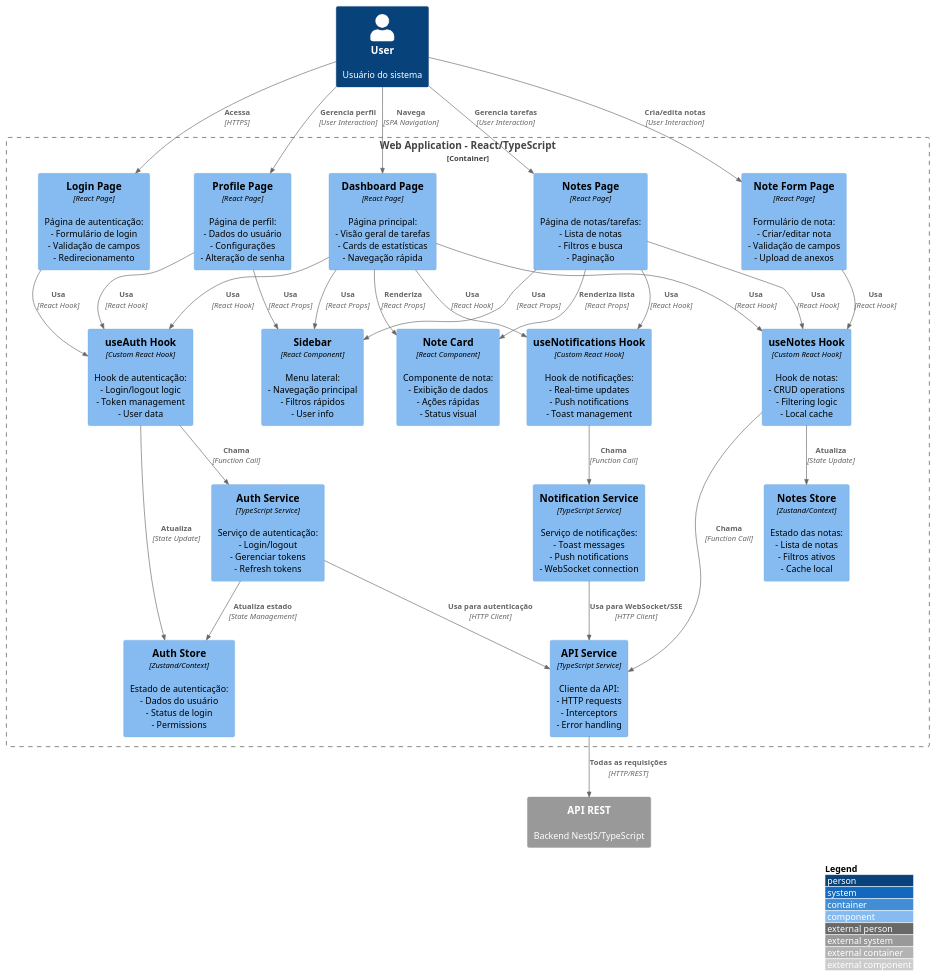
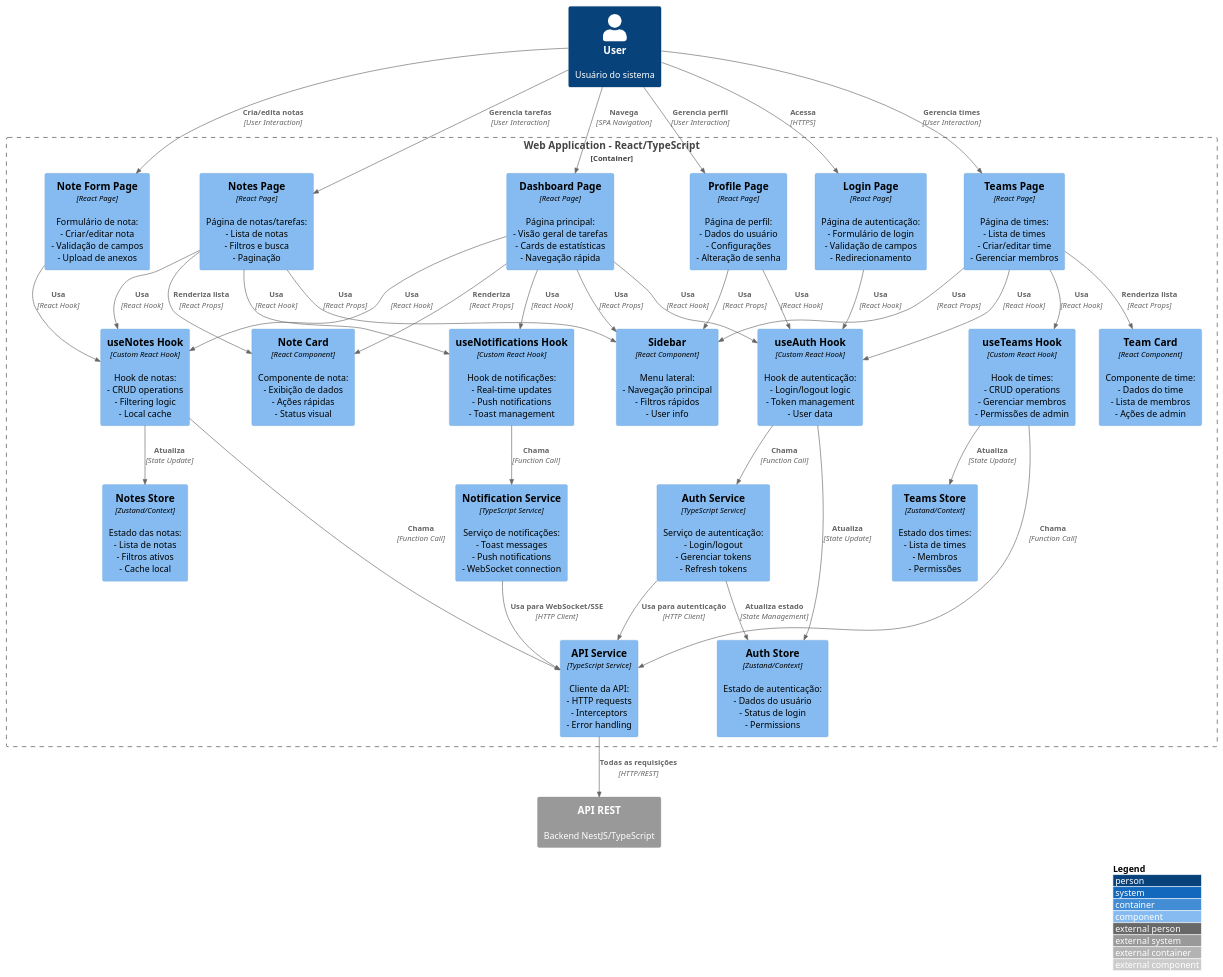
The diagram in diagramas c4/DIAGRAMA_C4_COMPONENT_WEB.puml (juliocesarfs/tjgo-projeto-software), drawn with PlantUML before and after one commit. The commit also changed 1 other file, not shown here.

Commit message:
docs: update C4 component diagrams for Control Tasks API and Web Application to reflect new components and relationships

```diff
--- a/diagramas c4/DIAGRAMA_C4_COMPONENT_WEB.puml
+++ b/diagramas c4/DIAGRAMA_C4_COMPONENT_WEB.puml
@@ -1,124 +1,141 @@
 @startuml C4_Component_ControlTasks_WebApp
 
 !include https://raw.githubusercontent.com/plantuml-stdlib/C4-PlantUML/master/C4_Component.puml
 
 ' ============================================================================
 ' COMPONENT DIAGRAM - Level 3
 ' Control Tasks Web Application - Componentes React/TypeScript
 ' ============================================================================
 
 LAYOUT_WITH_LEGEND()
 
 Person(userPerson, "User", "Usuário do sistema")
 System_Ext(apiRest, "API REST", "Backend NestJS/TypeScript")
 
 Container_Boundary(webAppContainer, "Web Application - React/TypeScript") {
     
     ' ============================================================================
     ' LAYER: PAGES/ROUTES
     ' ============================================================================
     Component(loginPage, "Login Page", "React Page", "Página de autenticação:\n- Formulário de login\n- Validação de campos\n- Redirecionamento")
     
     Component(dashboardPage, "Dashboard Page", "React Page", "Página principal:\n- Visão geral de tarefas\n- Cards de estatísticas\n- Navegação rápida")
     
     Component(notesPage, "Notes Page", "React Page", "Página de notas/tarefas:\n- Lista de notas\n- Filtros e busca\n- Paginação")
     
     Component(noteFormPage, "Note Form Page", "React Page", "Formulário de nota:\n- Criar/editar nota\n- Validação de campos\n- Upload de anexos")
     
     Component(profilePage, "Profile Page", "React Page", "Página de perfil:\n- Dados do usuário\n- Configurações\n- Alteração de senha")
+    
+    Component(teamsPage, "Teams Page", "React Page", "Página de times:\n- Lista de times\n- Criar/editar time\n- Gerenciar membros")
 
     ' ============================================================================
     ' LAYER: COMPONENTS (UI)
     ' ============================================================================
     Component(noteCard, "Note Card", "React Component", "Componente de nota:\n- Exibição de dados\n- Ações rápidas\n- Status visual")
+    
+    Component(teamCard, "Team Card", "React Component", "Componente de time:\n- Dados do time\n- Lista de membros\n- Ações de admin")
     
     Component(sidebar, "Sidebar", "React Component", "Menu lateral:\n- Navegação principal\n- Filtros rápidos\n- User info")
     
     ' ============================================================================
     ' LAYER: SERVICES
     ' ============================================================================
     Component(authService, "Auth Service", "TypeScript Service", "Serviço de autenticação:\n- Login/logout\n- Gerenciar tokens\n- Refresh tokens")
     
     Component(apiService, "API Service", "TypeScript Service", "Cliente da API:\n- HTTP requests\n- Interceptors\n- Error handling")
     
     Component(notificationService, "Notification Service", "TypeScript Service", "Serviço de notificações:\n- Toast messages\n- Push notifications\n- WebSocket connection")
 
     ' ============================================================================
     ' LAYER: STATE MANAGEMENT
     ' ============================================================================
     Component(authStore, "Auth Store", "Zustand/Context", "Estado de autenticação:\n- Dados do usuário\n- Status de login\n- Permissions")
     
     Component(notesStore, "Notes Store", "Zustand/Context", "Estado das notas:\n- Lista de notas\n- Filtros ativos\n- Cache local")
     
+    Component(teamsStore, "Teams Store", "Zustand/Context", "Estado dos times:\n- Lista de times\n- Membros\n- Permissões")
+    
     ' ============================================================================
     ' LAYER: HOOKS
     ' ============================================================================
     Component(useAuth, "useAuth Hook", "Custom React Hook", "Hook de autenticação:\n- Login/logout logic\n- Token management\n- User data")
     
     Component(useNotes, "useNotes Hook", "Custom React Hook", "Hook de notas:\n- CRUD operations\n- Filtering logic\n- Local cache")
     
     Component(useNotifications, "useNotifications Hook", "Custom React Hook", "Hook de notificações:\n- Real-time updates\n- Push notifications\n- Toast management")
+    
+    Component(useTeams, "useTeams Hook", "Custom React Hook", "Hook de times:\n- CRUD operations\n- Gerenciar membros\n- Permissões de admin")
 }
 
 ' ============================================================================
 ' RELACIONAMENTOS EXTERNOS
 ' ============================================================================
 
 Rel(userPerson, loginPage, "Acessa", "HTTPS")
 Rel(userPerson, dashboardPage, "Navega", "SPA Navigation")
 Rel(userPerson, notesPage, "Gerencia tarefas", "User Interaction")
 Rel(userPerson, noteFormPage, "Cria/edita notas", "User Interaction")
 Rel(userPerson, profilePage, "Gerencia perfil", "User Interaction")
+Rel(userPerson, teamsPage, "Gerencia times", "User Interaction")
 
 ' ============================================================================
 ' RELACIONAMENTOS - PAGES → COMPONENTS
 ' ============================================================================
 
 
 Rel(dashboardPage, sidebar, "Usa", "React Props")
 Rel(dashboardPage, noteCard, "Renderiza", "React Props")
 
 
 Rel(notesPage, sidebar, "Usa", "React Props")
 Rel(notesPage, noteCard, "Renderiza lista", "React Props")
 
 
 Rel(profilePage, sidebar, "Usa", "React Props")
 
+Rel(teamsPage, sidebar, "Usa", "React Props")
+Rel(teamsPage, teamCard, "Renderiza lista", "React Props")
+
 ' ============================================================================
 ' RELACIONAMENTOS - PAGES → HOOKS
 ' ============================================================================
 
 Rel(loginPage, useAuth, "Usa", "React Hook")
 Rel(dashboardPage, useAuth, "Usa", "React Hook")
 Rel(dashboardPage, useNotes, "Usa", "React Hook")
 Rel(notesPage, useNotes, "Usa", "React Hook")
 Rel(noteFormPage, useNotes, "Usa", "React Hook")
 Rel(profilePage, useAuth, "Usa", "React Hook")
 Rel(dashboardPage, useNotifications, "Usa", "React Hook")
 Rel(notesPage, useNotifications, "Usa", "React Hook")
+Rel(teamsPage, useTeams, "Usa", "React Hook")
+Rel(teamsPage, useAuth, "Usa", "React Hook")
 
 ' ============================================================================
 ' RELACIONAMENTOS - HOOKS → SERVICES & STORES
 ' ============================================================================
 
 Rel(useAuth, authService, "Chama", "Function Call")
 Rel(useAuth, authStore, "Atualiza", "State Update")
 Rel(useNotes, apiService, "Chama", "Function Call")
 Rel(useNotes, notesStore, "Atualiza", "State Update")
 Rel(useNotifications, notificationService, "Chama", "Function Call")
+Rel(useTeams, apiService, "Chama", "Function Call")
+Rel(useTeams, teamsStore, "Atualiza", "State Update")
+
 ' ============================================================================
 ' RELACIONAMENTOS - SERVICES → STORES
 ' ============================================================================
 
 Rel(authService, authStore, "Atualiza estado", "State Management")
 
 ' ============================================================================
 ' RELACIONAMENTOS - SERVICES → API EXTERNA
 ' ============================================================================
 
 Rel(authService, apiService, "Usa para autenticação", "HTTP Client")
 Rel(notificationService, apiService, "Usa para WebSocket/SSE", "HTTP Client")
 Rel(apiService, apiRest, "Todas as requisições", "HTTP/REST")
 
 @enduml
```
